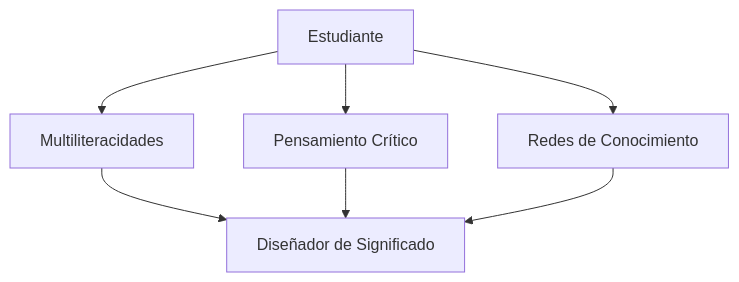
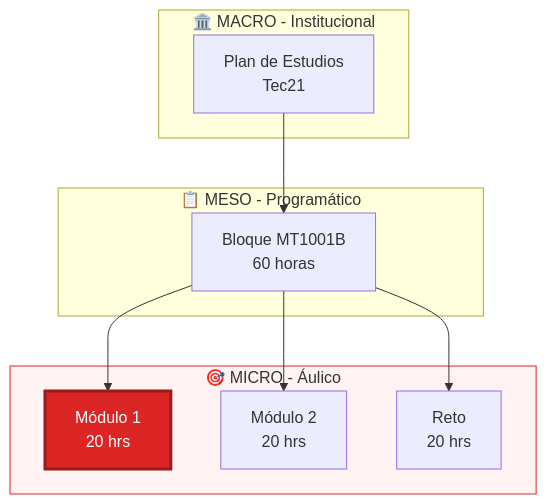
One commit to HesusG/analsisis-del-curriculo-upaep changed the first of 3 diagrams in slides/slides.md. Above: the diagram before and after it, drawn with Mermaid. The commit also changed other lines of this file and 10 other files, not shown here.

````diff
--- a/slides/slides.md
+++ b/slides/slides.md
@@ -59,9 +69,20 @@
-```mermaid
+```mermaid {scale: 0.55}
 graph TD
-    A[Estudiante] --> B[Multiliteracidades]
-    A --> C[Pensamiento Crítico]
-    A --> D[Redes de Conocimiento]
-    B --> E[Diseñador de Significado]
-    C --> E
-    D --> E
+    subgraph MACRO["🏛️ MACRO - Institucional"]
+        A[Plan de Estudios<br/>Tec21]
+    end
+    subgraph MESO["📋 MESO - Programático"]
+        B[Bloque MT1001B<br/>60 horas]
+    end
+    subgraph MICRO["🎯 MICRO - Áulico"]
+        C[Módulo 1<br/>20 hrs]
+        D[Módulo 2<br/>20 hrs]
+        E[Reto<br/>20 hrs]
+    end
+    A --> B
+    B --> C
+    B --> D
+    B --> E
+    style C fill:#DC2626,color:#fff,stroke:#991b1b,stroke-width:3px
+    style MICRO fill:#fef2f2,stroke:#DC2626
 ```
````
